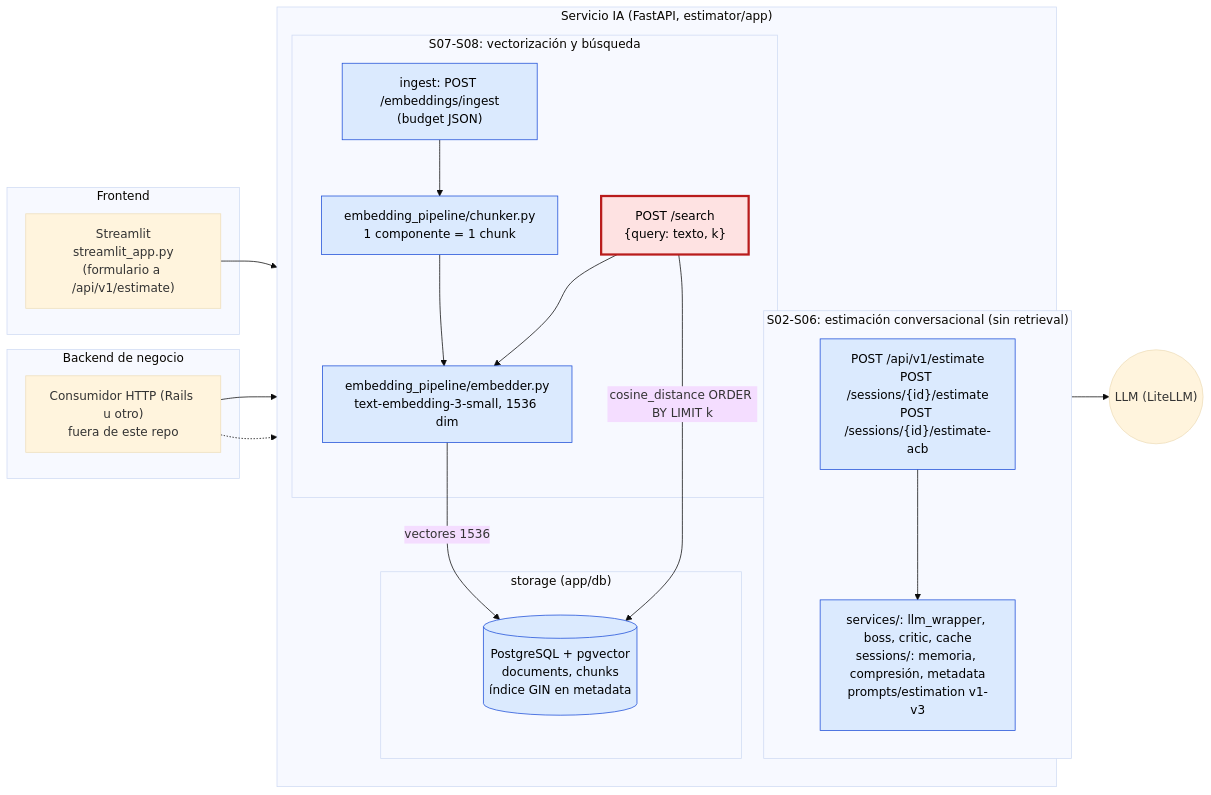
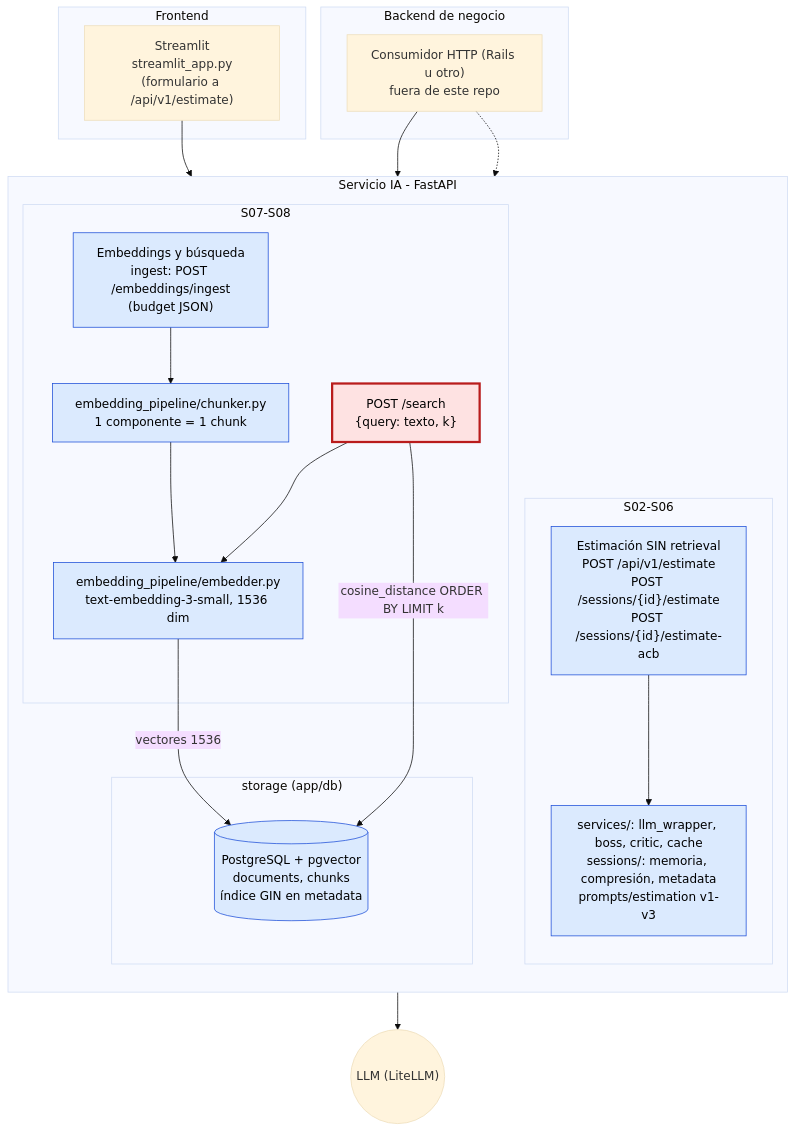
The first of 2 diagrams in arquitectura-actual.md (XYOX/lidr-estimador-cag), drawn with Mermaid (base theme) before and after one commit. The commit also changed other lines of this file, not shown here.

Commit message:
Ajustar diagramas Mermaid: disposicion vertical y titulos legibles

````diff
--- a/arquitectura-actual.md
+++ b/arquitectura-actual.md
@@ -15,42 +15,42 @@
 ```mermaid
-flowchart LR
+flowchart TB
   subgraph FE["Frontend"]
     ST["Streamlit<br/>streamlit_app.py<br/>(formulario a /api/v1/estimate)"]
   end
 
   subgraph BE["Backend de negocio"]
     BN["Consumidor HTTP (Rails u otro)<br/>fuera de este repo"]
   end
 
-  subgraph AI["Servicio IA (FastAPI, estimator/app)"]
+  subgraph AI["Servicio IA - FastAPI"]
     direction TB
-    subgraph LEGACY["S02-S06: estimación conversacional (sin retrieval)"]
-      EST["POST /api/v1/estimate<br/>POST /sessions/{id}/estimate<br/>POST /sessions/{id}/estimate-acb"]
+    subgraph LEGACY["S02-S06"]
+      EST["Estimación SIN retrieval<br/>POST /api/v1/estimate<br/>POST /sessions/{id}/estimate<br/>POST /sessions/{id}/estimate-acb"]
       SVC["services/: llm_wrapper, boss, critic, cache<br/>sessions/: memoria, compresión, metadata<br/>prompts/estimation v1-v3"]
       EST --> SVC
     end
-    subgraph RAGPART["S07-S08: vectorización y búsqueda"]
-      ING["ingest: POST /embeddings/ingest<br/>(budget JSON)"]
+    subgraph RAGPART["S07-S08"]
+      ING["Embeddings y búsqueda<br/>ingest: POST /embeddings/ingest<br/>(budget JSON)"]
       CH["embedding_pipeline/chunker.py<br/>1 componente = 1 chunk"]
       EM["embedding_pipeline/embedder.py<br/>text-embedding-3-small, 1536 dim"]
       SRCH["POST /search<br/>{query: texto, k}"]
       ING --> CH --> EM
       SRCH --> EM
     end
     subgraph STORE["storage (app/db)"]
       PG[("PostgreSQL + pgvector<br/>documents, chunks<br/>índice GIN en metadata")]
     end
     EM -- "vectores 1536" --> PG
     SRCH -- "cosine_distance ORDER BY LIMIT k" --> PG
   end
 
   ST --> EST
   BN --> EST
   BN -.-> SRCH
   SVC --> LLM(("LLM (LiteLLM)"))
 
   classDef done fill:#dbeafe,stroke:#1d4ed8,color:#000;
   classDef edge fill:#fee2e2,stroke:#b91c1c,stroke-width:3px,color:#000;
   class ING,CH,EM,PG,EST,SVC done;
   class SRCH edge;
 ```
````
